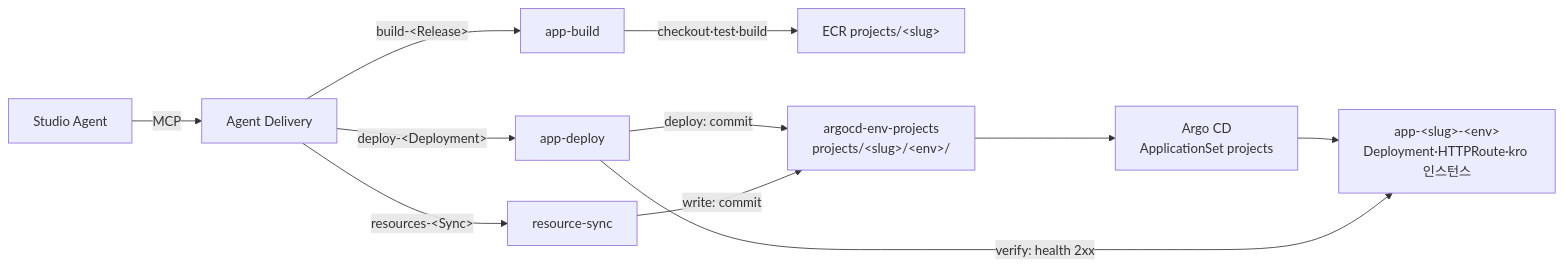
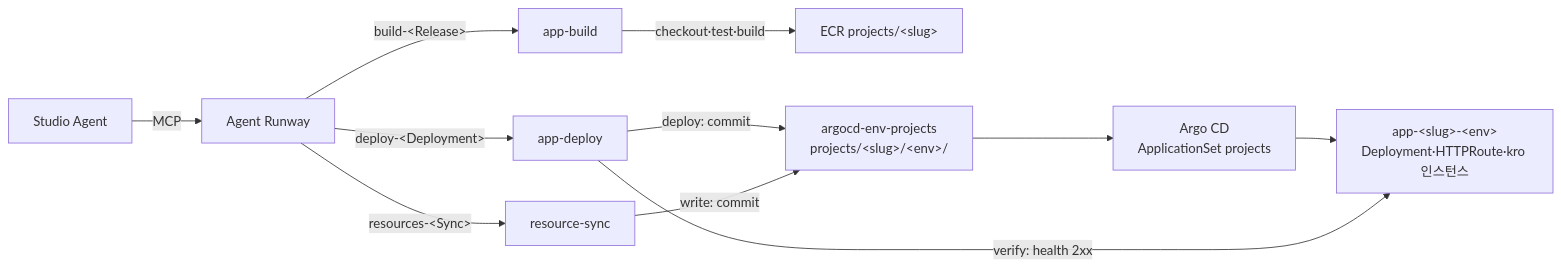
The diagram in README.md (opspresso/argocd-env-projects), drawn with Mermaid before and after one commit. The commit also changed other lines of this file and 15 other files, not shown here.

Commit message:
Rename Agent Delivery display name to Runway

````diff
--- a/README.md
+++ b/README.md
@@ -34,13 +34,13 @@
 ```mermaid
 flowchart LR
-  agent["Studio Agent"] -- "MCP" --> delivery["Agent Delivery"]
+  agent["Studio Agent"] -- "MCP" --> delivery["Agent Runway"]
   delivery -- "build-&lt;Release&gt;" --> build["app-build"]
   build -- "checkout·test·build" --> ecr["ECR projects/&lt;slug&gt;"]
   delivery -- "deploy-&lt;Deployment&gt;" --> deploy["app-deploy"]
   deploy -- "deploy: commit" --> repo["argocd-env-projects<br/>projects/&lt;slug&gt;/&lt;env&gt;/"]
   delivery -- "resources-&lt;Sync&gt;" --> sync["resource-sync"]
   sync -- "write: commit" --> repo
   repo --> argocd["Argo CD<br/>ApplicationSet projects"]
   argocd --> app["app-&lt;slug&gt;-&lt;env&gt;<br/>Deployment·HTTPRoute·kro 인스턴스"]
   deploy -- "verify: health 2xx" --> app
 ```
````
